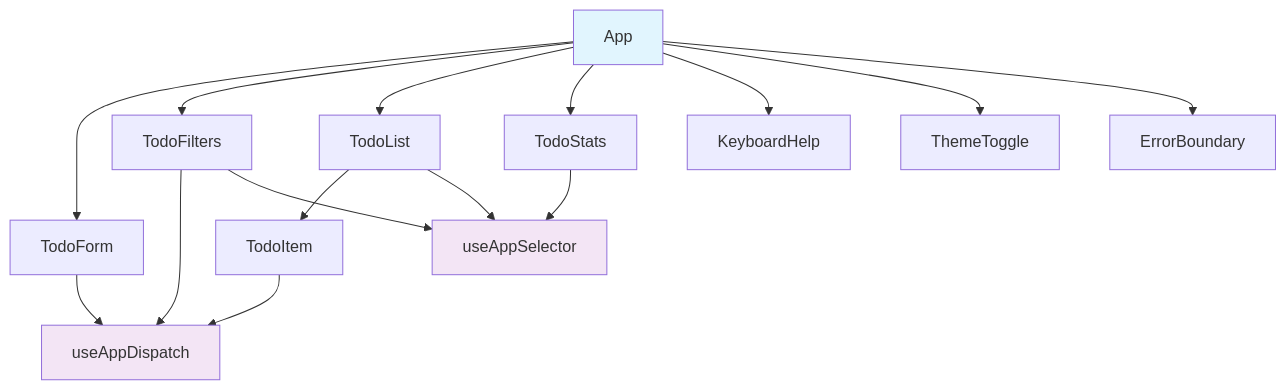
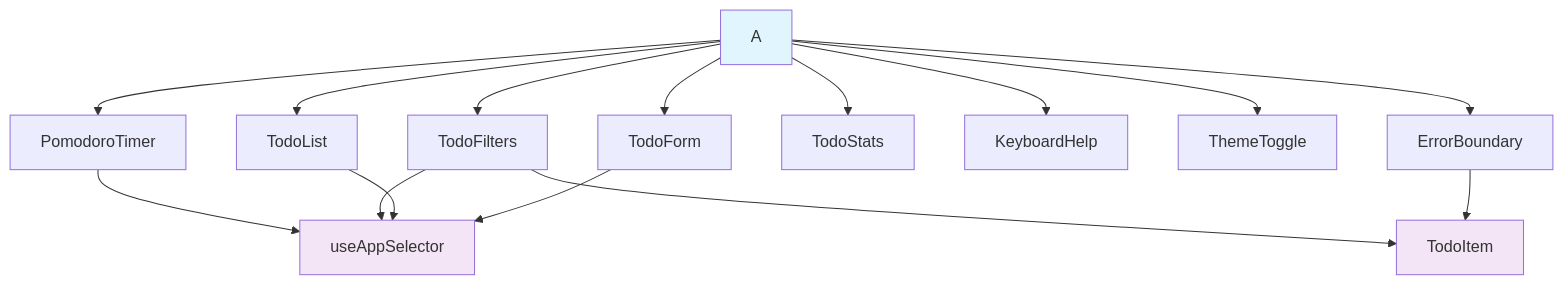
The first of 3 diagrams in readme.md (JesusIgnacio/todo-in-pomodoro-sauce), drawn with Mermaid before and after one commit. The commit also changed other lines of this file and 15 other files, not shown here.

Commit message:
build: add initial build artifacts for todo app with pomodoro features

````diff
--- a/readme.md
+++ b/readme.md
@@ -51,24 +60,24 @@
 ```mermaid
 graph TD
-    A[App] --> B[TodoForm]
-    A --> C[TodoFilters]
-    A --> D[TodoList]
-    A --> E[TodoStats]
-    A --> F[KeyboardHelp]
-    A --> G[ThemeToggle]
-    A --> H[ErrorBoundary]
+    A --> B[PomodoroTimer]
+    A --> C[TodoForm]
+    A --> D[TodoFilters]
+    A --> E[TodoList]
+    A --> F[TodoStats]
+    A --> G[KeyboardHelp]
+    A --> H[ThemeToggle]
+    A --> I[ErrorBoundary]
     
-    D --> I[TodoItem]
+    D --> J[TodoItem]
     
-    B --> J[useAppDispatch]
-    C --> J
+    B --> K[useAppDispatch]
     I --> J
     
     D --> K[useAppSelector]
     E --> K
     C --> K
     
     style A fill:#e1f5fe
     style J fill:#f3e5f5
     style K fill:#f3e5f5
 ```
````
